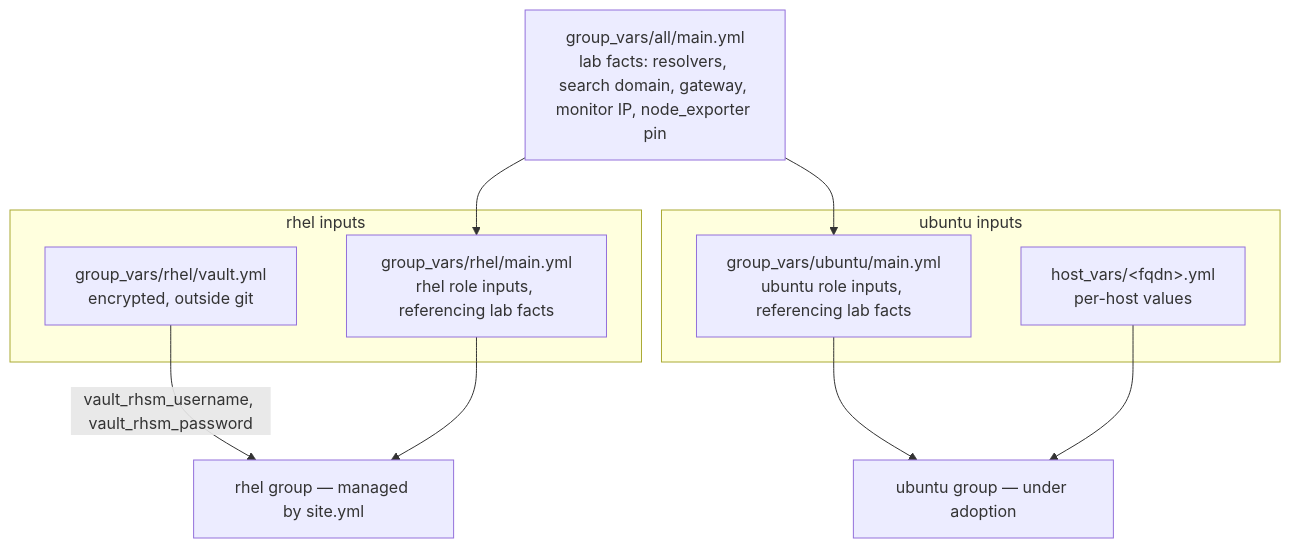
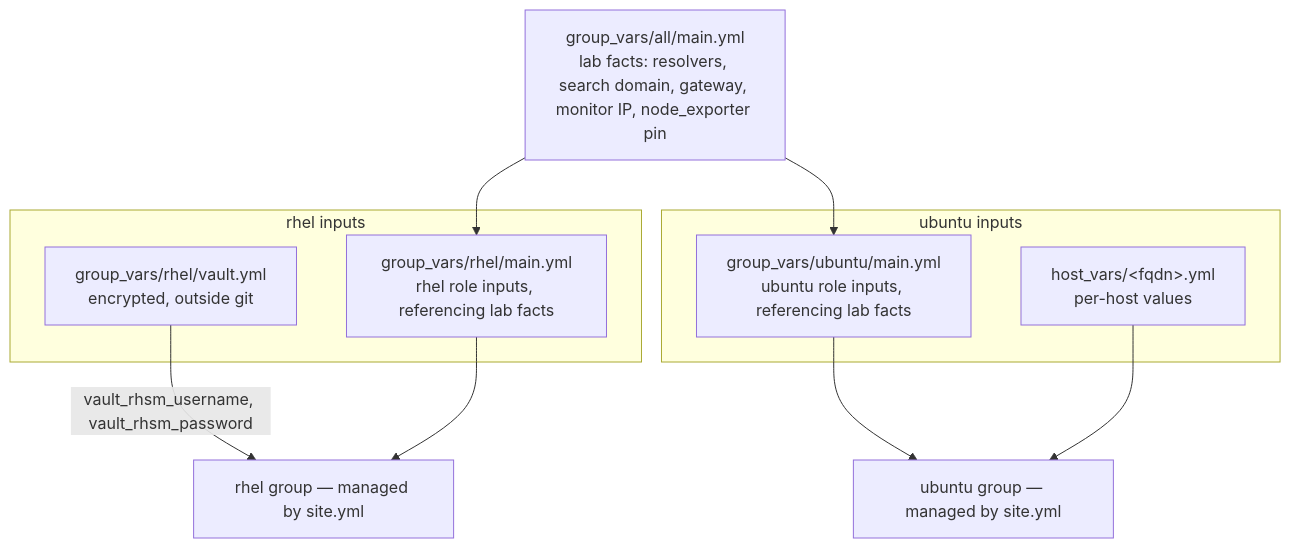
One commit to eugeneivanov-dev/ansible changed the diagram in README.md. Above: the diagram before and after it, drawn with Mermaid. The commit also changed other lines of this file, not shown here.

Commit message:
README: both fleets managed, ufw consumer pairs, textfile collector

````diff
--- a/README.md
+++ b/README.md
@@ -43,24 +43,24 @@
 ```mermaid
 flowchart TB
     lab_facts["group_vars/all/main.yml<br/>lab facts: resolvers, search domain, gateway, monitor IP, node_exporter pin"]
 
     subgraph rhel_inputs["rhel inputs"]
         vault["group_vars/rhel/vault.yml<br/>encrypted, outside git"]
         rhel_vars["group_vars/rhel/main.yml<br/>rhel role inputs, referencing lab facts"]
     end
 
     subgraph ubuntu_inputs["ubuntu inputs"]
         ubuntu_vars["group_vars/ubuntu/main.yml<br/>ubuntu role inputs, referencing lab facts"]
         host_vars["host_vars/&lt;fqdn&gt;.yml<br/>per-host values"]
     end
 
     rhel["rhel group — managed by site.yml"]
-    ubuntu["ubuntu group — under adoption"]
+    ubuntu["ubuntu group — managed by site.yml"]
 
     vault -- "vault_rhsm_username, vault_rhsm_password" --> rhel
     lab_facts --> rhel_vars
     lab_facts --> ubuntu_vars
     rhel_vars --> rhel
     ubuntu_vars --> ubuntu
     host_vars --> ubuntu
 ```
````
